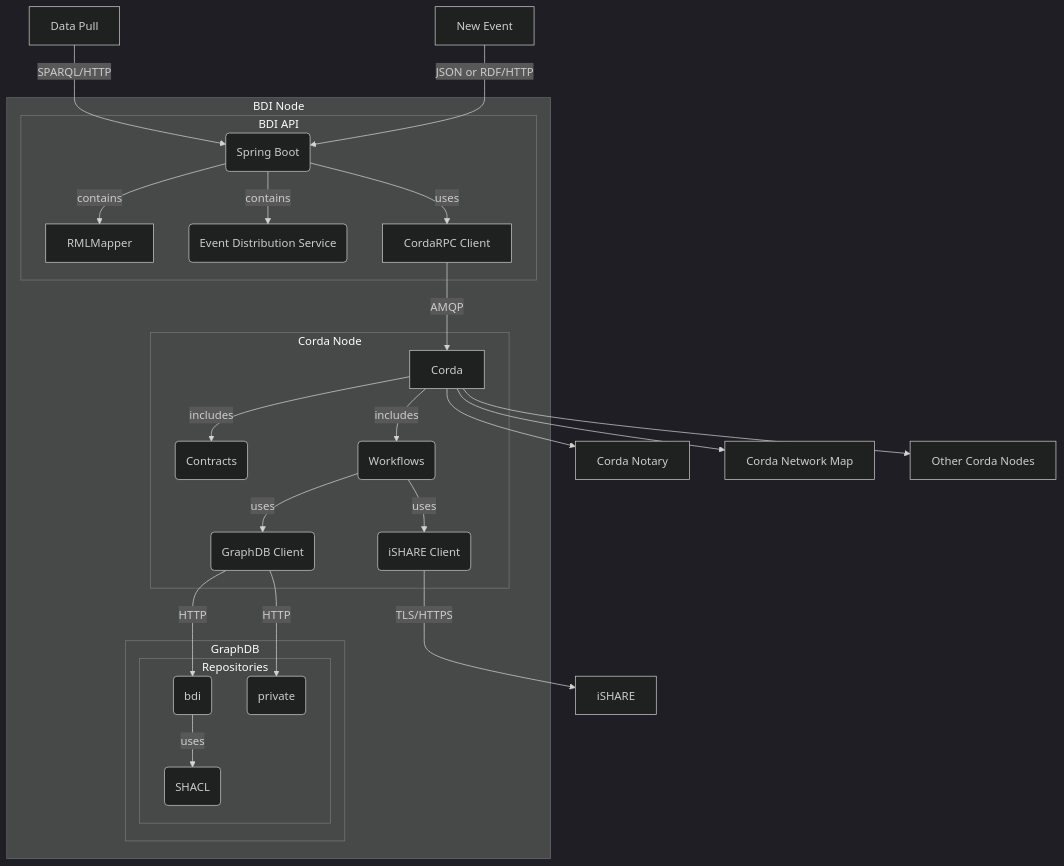
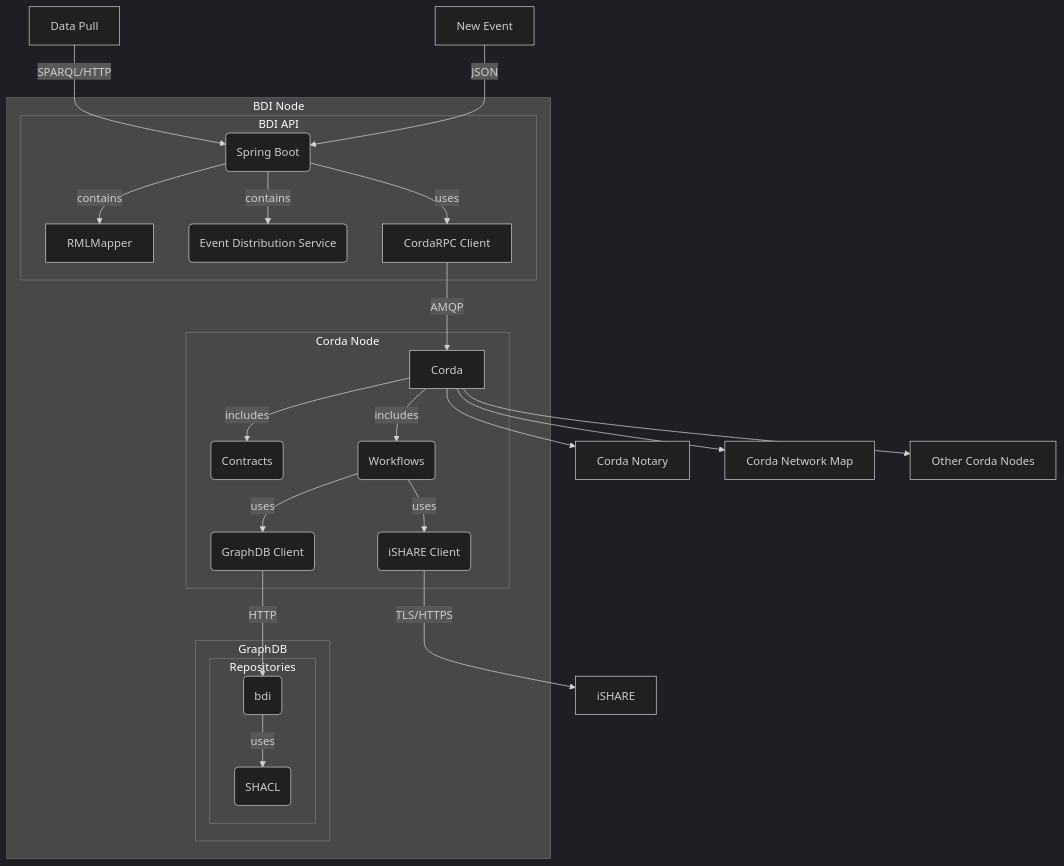
Before and after one commit to federatedplatforms/FEDeRATED-BDI: the diagram in docs/README.md, drawn with Mermaid (dark theme). The commit also changed 1 other file, not shown here.

Commit message:
Added more documentation

````diff
--- a/docs/README.md
+++ b/docs/README.md
@@ -7,30 +7,29 @@
 ```mermaid
 graph TD
     DataPull[Data Pull] -- SPARQL/HTTP --> API
-    PublishEvent[New Event] -- JSON or RDF/HTTP --> API
+    PublishEvent[New Event] -- JSON --> API
         subgraph BDI Node
             subgraph api[BDI API]
             API(Spring Boot) -- contains --> RMLMapper
             API -- contains --> EventDistribution(Event Distribution Service)
             API -- uses --> CordaRPC[CordaRPC Client]
             end
             CordaRPC -- AMQP --> CORDA[Corda]
             subgraph Corda Node [Corda Node]
                 CORDA -- includes --> Contracts(Contracts)
                 CORDA -- includes --> Workflows(Workflows)
                 Workflows -- uses --> iSHARE(iSHARE Client)
                 Workflows -- uses --> GRAPHDB(GraphDB Client)
             end
             subgraph GraphDB
                 subgraph Repositories
                     GRAPHDB -- HTTP --> BDI(bdi)
-                    GRAPHDB -- HTTP --> PRIVATE(private)
                     BDI -- uses --> SHACL(SHACL)
                 end
             end
         end
     CORDA --> Notary[Corda Notary]
     CORDA --> NetworkMap[Corda Network Map]
     CORDA --> OtherCorda[Other Corda Nodes]    
     iSHARE -- TLS/HTTPS --> ISHARE[iSHARE]
 ```
````
